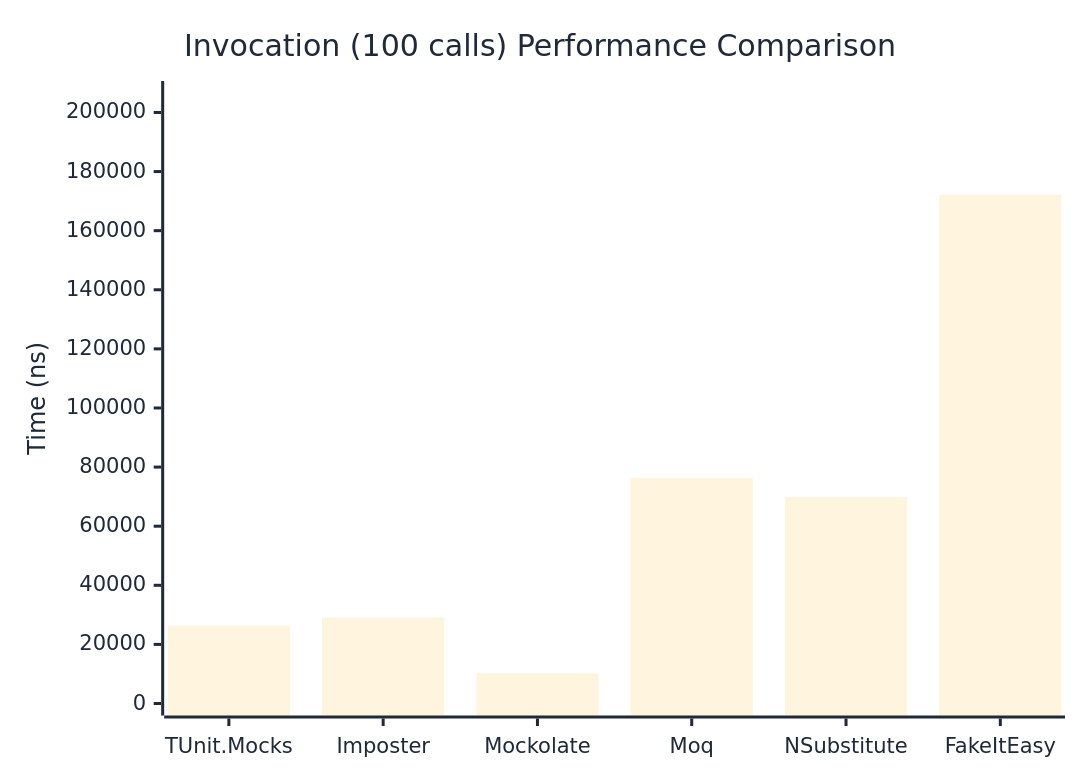
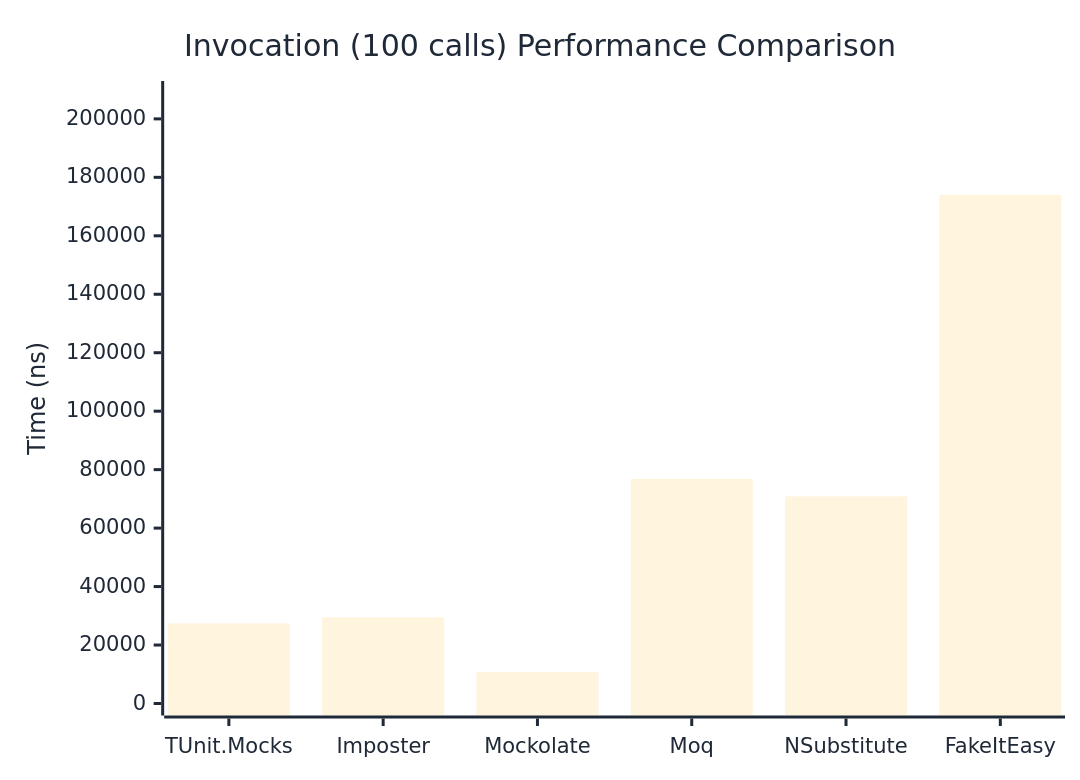
One commit to thomhurst/TUnit changed the third of 3 diagrams in docs/docs/benchmarks/mocks/Invocation.md. Above: the diagram before and after it, drawn with Mermaid. The commit also changed other lines of this file and 14 other files, not shown here.

````diff
--- a/docs/docs/benchmarks/mocks/Invocation.md
+++ b/docs/docs/benchmarks/mocks/Invocation.md
@@ -110,27 +110,27 @@
 ```mermaid
 %%{init: {
   'theme':'base',
   'themeVariables': {
     'primaryColor': '#2563eb',
     'primaryTextColor': '#1f2937',
     'primaryBorderColor': '#1e40af',
     'lineColor': '#6b7280',
     'secondaryColor': '#7c3aed',
     'tertiaryColor': '#dc2626',
     'background': '#ffffff',
     'pie1': '#2563eb',
     'pie2': '#7c3aed',
     'pie3': '#dc2626',
     'pie4': '#f59e0b',
     'pie5': '#10b981',
     'pie6': '#06b6d4',
     'pie7': '#ec4899',
     'pie8': '#6366f1'
   }
 }}%%
 xychart-beta
   title "Invocation (100 calls) Performance Comparison"
   x-axis ["TUnit.Mocks", "Imposter", "Mockolate", "Moq", "NSubstitute", "FakeItEasy"]
-  y-axis "Time (ns)" 0 --> 206588
-  bar [26385.27, 29093.1, 10208.56, 76309.33, 69871.25, 172156.28]
+  y-axis "Time (ns)" 0 --> 208850
+  bar [27403.83, 29480.58, 10810.59, 76844.63, 70881.18, 174040.9]
 ```
````
